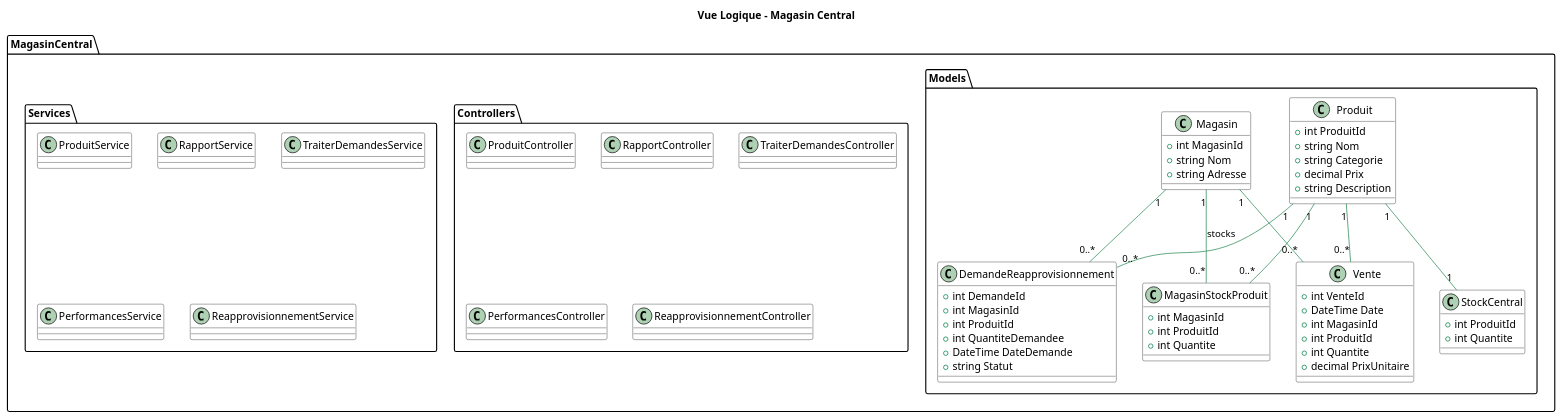
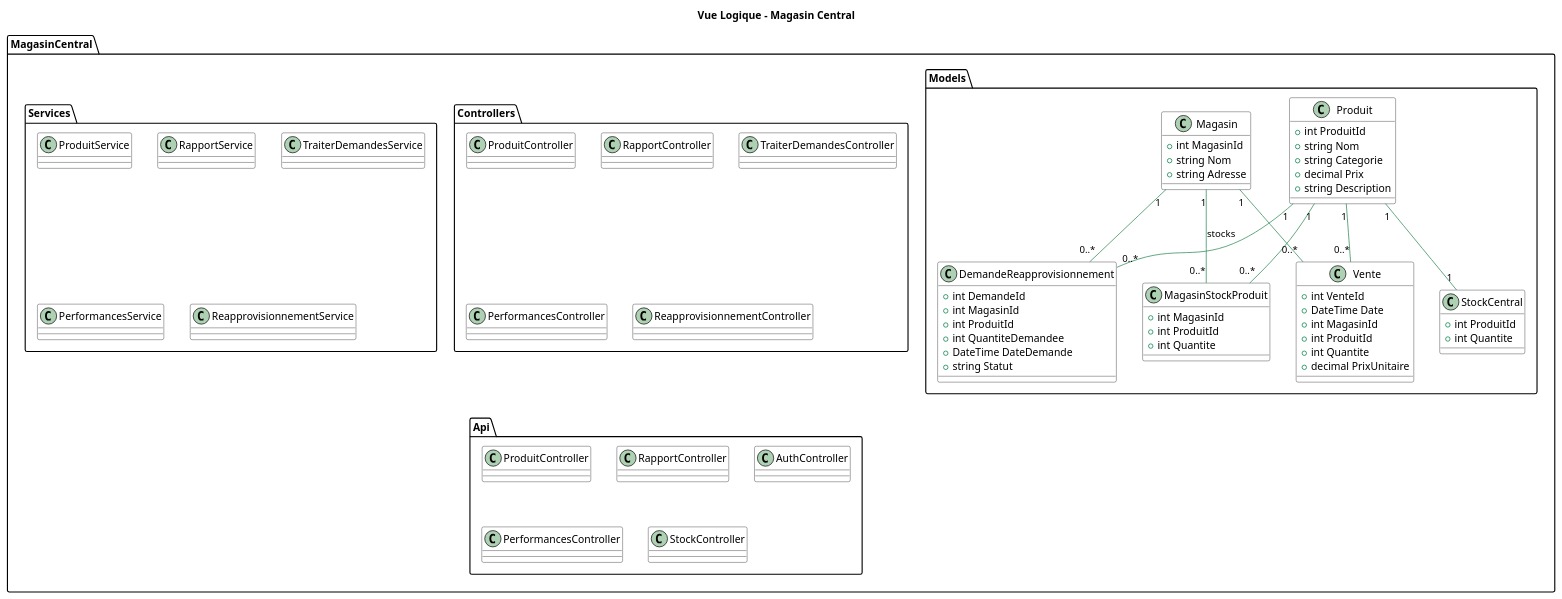
One commit to itsahmed98/log430-lab3-magasinMVC-api changed the diagram in docs/UML/VueLogique.puml. Above: the diagram before and after it, drawn with PlantUML. The commit also changed 4 other files, not shown here.

Commit message:
mettre a jour les diagrammes et le readme

```diff
--- a/docs/UML/VueLogique.puml
+++ b/docs/UML/VueLogique.puml
@@ -1,75 +1,83 @@
 @startuml "Vue Logique - Magasin Central"
 title Vue Logique - Magasin Central
 top to bottom direction
 skinparam class {
   BackgroundColor White
   ArrowColor SeaGreen
 }
 
 package "MagasinCentral" {
     Package "Models" {
         class Produit {
             +int ProduitId
             +string Nom
             +string Categorie
             +decimal Prix
             +string Description
         }
         class Magasin {
             +int MagasinId
             +string Nom
             +string Adresse
         }
         class MagasinStockProduit {
             +int MagasinId
             +int ProduitId
             +int Quantite
         }
         class StockCentral {
             +int ProduitId
             +int Quantite
         }
         class Vente {
             +int VenteId
             +DateTime Date
             +int MagasinId
             +int ProduitId
             +int Quantite
             +decimal PrixUnitaire
         }
         class DemandeReapprovisionnement {
             +int DemandeId
             +int MagasinId
             +int ProduitId
             +int QuantiteDemandee
             +DateTime DateDemande
             +string Statut
         }
     }
 
     package "Controllers" {
         class ProduitController {}
         class RapportController {}
         class TraiterDemandesController {}
         class PerformancesController {}
         class ReapprovisionnementController {}
     }
 
     package "Services" {
         class ProduitService {}
         class RapportService {}
         class TraiterDemandesService {}
         class PerformancesService {}
         class ReapprovisionnementService {}
     }
+
+    package "Api" {
+        class ProduitController {}
+        class RapportController {}
+        class AuthController {}
+        class PerformancesController {}
+        class StockController {}
+    }
 }
 
 
 Magasin "1" -- "0..*" MagasinStockProduit : stocks
 Produit "1" -- "0..*" MagasinStockProduit
 Produit "1" -- "1" StockCentral
 Magasin "1" -- "0..*" Vente
 Produit "1" -- "0..*" Vente
 Magasin "1" -- "0..*" DemandeReapprovisionnement
 Produit "1" -- "0..*" DemandeReapprovisionnement
 @enduml
```
